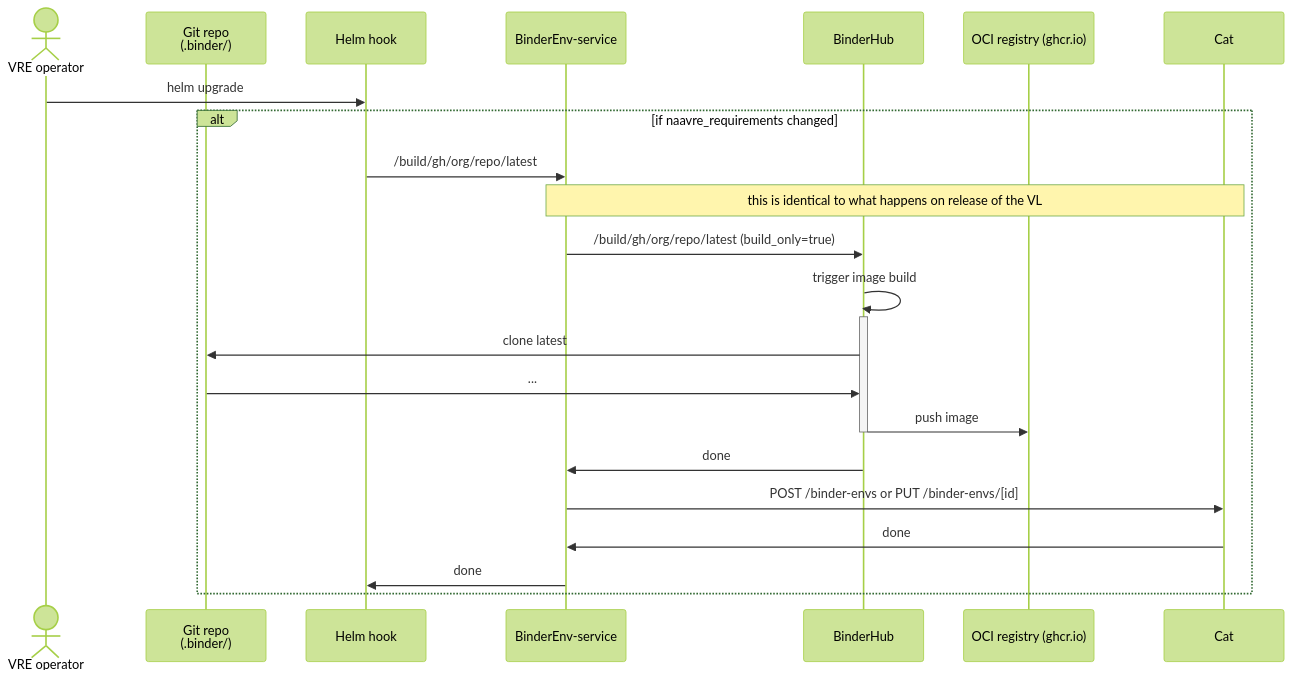
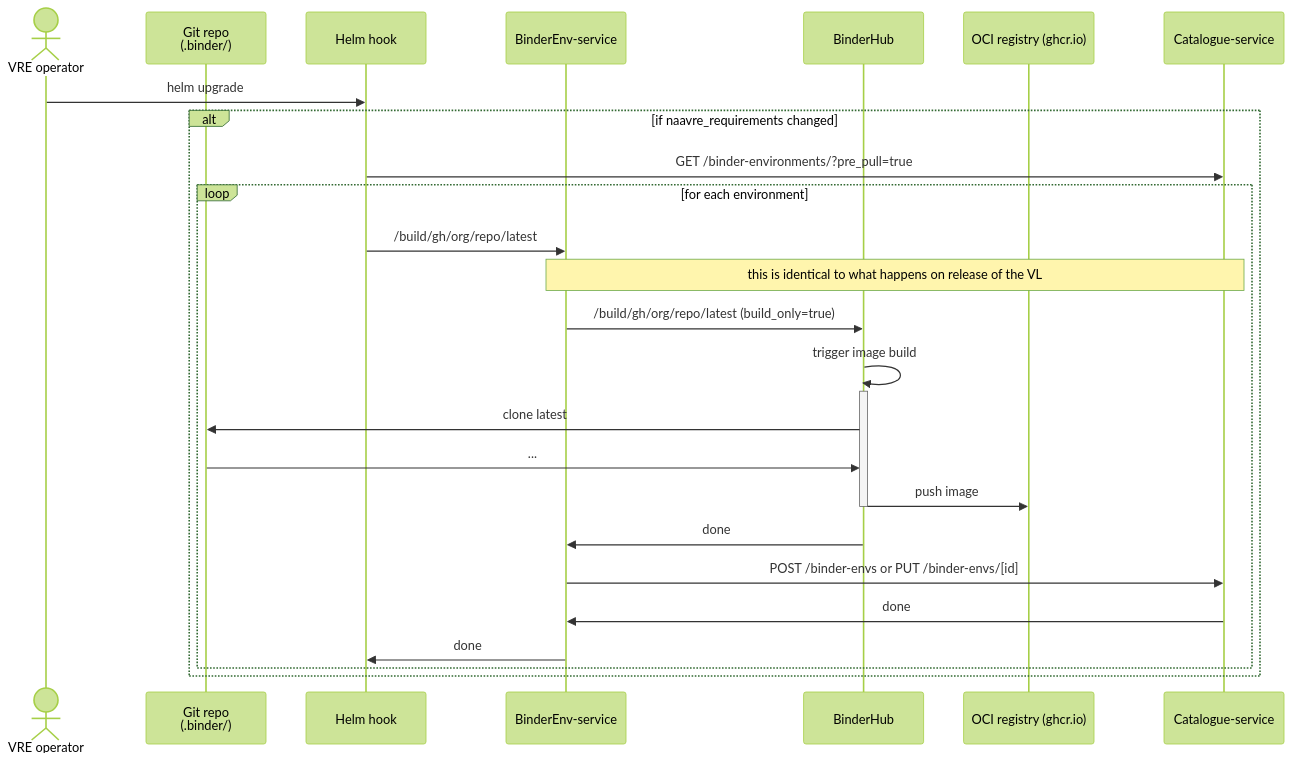
Before and after one commit to NaaVRE/NaaVRE-architecture: the diagram in diagrams/binder_lifecycle/seq-vre-ops-update-naavre.mermaid, drawn with Mermaid (forest theme).

```diff
--- a/diagrams/binder_lifecycle/seq-vre-ops-update-naavre.mermaid
+++ b/diagrams/binder_lifecycle/seq-vre-ops-update-naavre.mermaid
@@ -1,21 +1,25 @@
 sequenceDiagram
     actor VREOps as VRE operator
     participant Git as Git repo<br>(.binder/)
     participant HelmHook as Helm hook
     participant EnvService as BinderEnv-service
     participant Binder as BinderHub
     participant GHCR as OCI registry (ghcr.io)
+    participant Cat as Catalogue-service
     VREOps ->> HelmHook: helm upgrade
     alt if naavre_requirements changed
+        HelmHook->> Cat: GET /binder-environments/?pre_pull=true
+        loop for each environment
         HelmHook->> EnvService: /build/gh/org/repo/latest
         note over EnvService,Cat: this is identical to what happens on release of the VL
         EnvService ->> Binder: /build/gh/org/repo/latest (build_only=true)
         Binder ->>+ Binder: trigger image build
         Binder ->> Git: clone latest
         Git ->> Binder: ...
         Binder ->>- GHCR: push image
         Binder ->> EnvService: done
         EnvService ->> Cat: POST /binder-envs or PUT /binder-envs/[id]
         Cat ->> EnvService: done
         EnvService ->> HelmHook: done
+        end
     end
```
